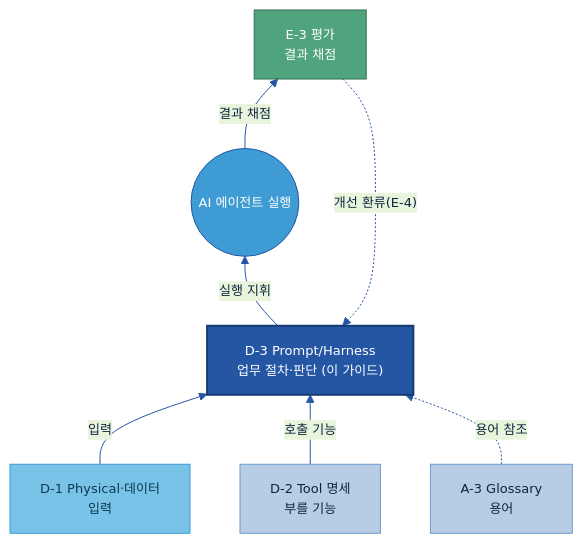
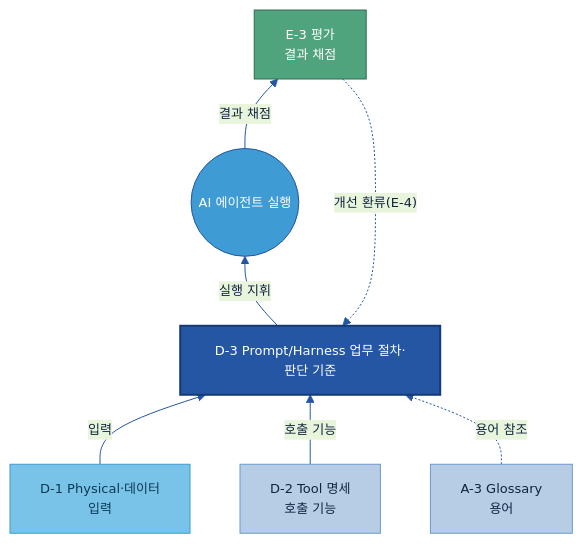
The seventh of 7 diagrams in 가이드 작성/D-3 Prompt_Harness 자산화/D-3 Prompt_Harness 자산화.md (jin-kearney/ai-ready-data-manual), drawn with Mermaid before and after one commit. The commit also changed other lines of this file and 1 other file, not shown here.

````diff
--- a/가이드 작성/D-3 Prompt_Harness 자산화/D-3 Prompt_Harness 자산화.md
+++ b/가이드 작성/D-3 Prompt_Harness 자산화/D-3 Prompt_Harness 자산화.md
@@ -466,21 +449,21 @@
 ```mermaid
 %%{init: {'theme':'base','themeVariables':{'primaryColor':'#DCE8F5','primaryBorderColor':'#2456A4','primaryTextColor':'#10243f','lineColor':'#2456A4','fontSize':'13px'}}}%%
 flowchart BT
     D1["D-1 Physical·데이터<br/>입력"]:::src
-    D2["D-2 Tool 명세<br/>부를 기능"]:::n
+    D2["D-2 Tool 명세<br/>호출 기능"]:::n
     A3["A-3 Glossary<br/>용어"]:::n
-    D3["D-3 Prompt/Harness<br/>업무 절차·판단 (이 가이드)"]:::cat
+    D3["D-3 Prompt/Harness 업무 절차·판단 기준"]:::cat
     AG(("AI 에이전트 실행")):::gate
     E3["E-3 평가<br/>결과 채점"]:::loop
     D1 -->|입력| D3
     D2 -->|호출 기능| D3
     A3 -.용어 참조.-> D3
     D3 -->|실행 지휘| AG
     AG -->|결과 채점| E3
     E3 -.개선 환류(E-4).-> D3
     classDef src fill:#79C3E8,stroke:#3F9BD4,color:#0b3a52;
     classDef n fill:#B7CDE6,stroke:#6B9AD1,color:#10243f;
     classDef gate fill:#3F9BD4,stroke:#2456A4,color:#fff;
     classDef cat fill:#2456A4,color:#fff,stroke:#163a73,stroke-width:2px;
     classDef loop fill:#4FA47D,stroke:#2f6b50,color:#fff;
 ```
````
